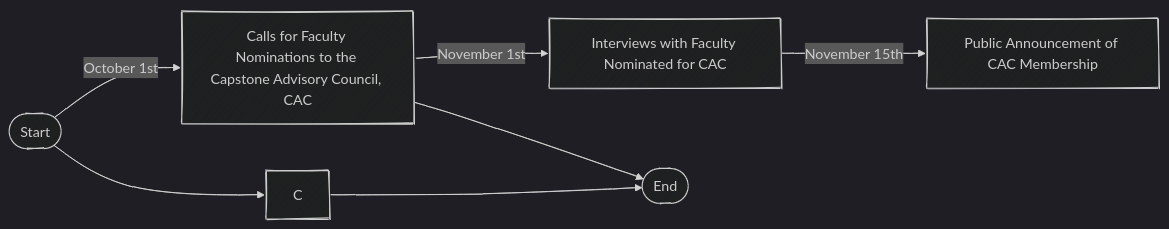
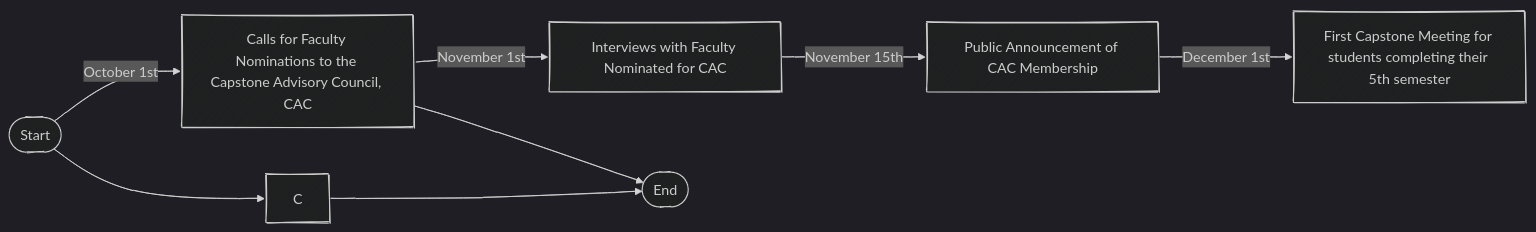
The second of 2 diagrams in simplelow.md (mkarau/testMermaid), drawn with Mermaid before and after one commit.

````diff
--- a/simplelow.md
+++ b/simplelow.md
@@ -9,14 +9,15 @@
 ```mermaid
 ---
 config:
       look: handDrawn
       theme: dark
 ---
 flowchart LR;
       A([Start])-->|October 1st| B[Calls for Faculty Nominations to the Capstone Advisory Council, CAC];
       B-->|November 1st| E[Interviews with Faculty Nominated for CAC]
       E-->|November 15th| F[Public Announcement of CAC Membership]
+      F-->|December 1st| G[First Capstone Meeting for students completing their 5th semester]
       A-->C;
       B-->D;
       C-->D([End]);
 ```
````
